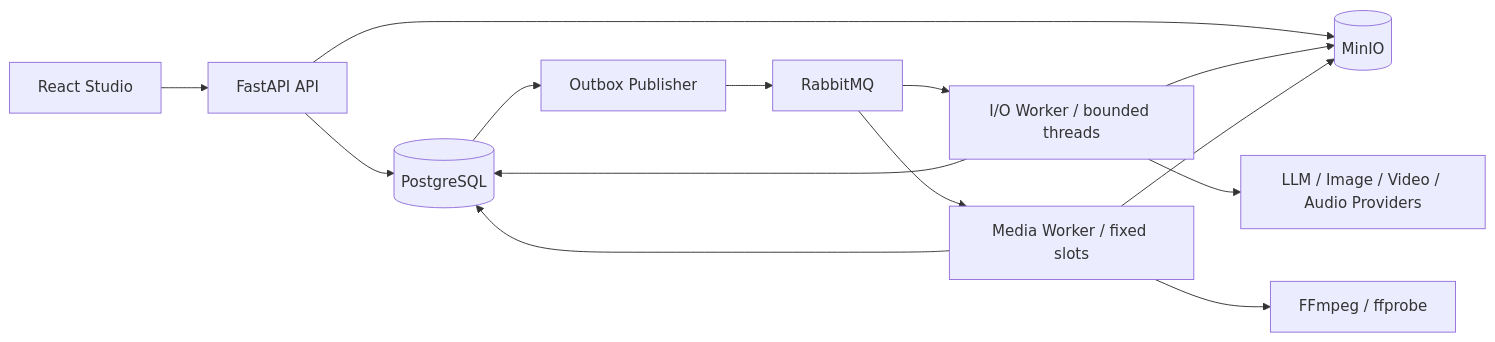
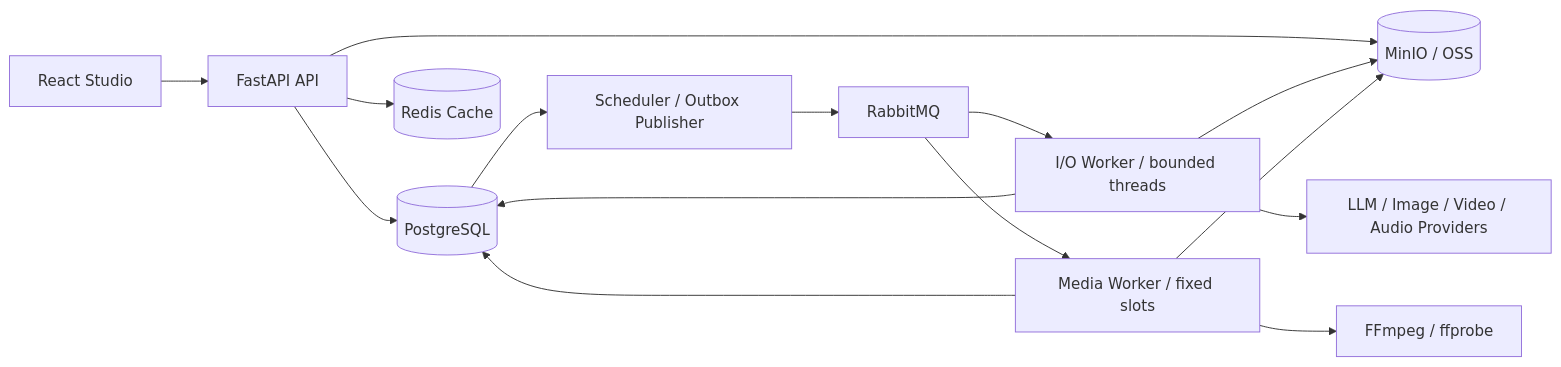
One commit to StephenQiu30/lanverse changed the diagram in docs/design/002-人工智能短剧平台架构与技术选型.md. Above: the diagram before and after it, drawn with Mermaid. The commit also changed other lines of this file and 15 other files, not shown here.

````diff
--- a/docs/design/002-人工智能短剧平台架构与技术选型.md
+++ b/docs/design/002-人工智能短剧平台架构与技术选型.md
@@ -37,16 +37,17 @@
 ```mermaid
 flowchart LR
     UI["React Studio"] --> API["FastAPI API"]
     API --> PG[(PostgreSQL)]
-    API --> MINIO[(MinIO)]
-    PG --> PUB["Outbox Publisher"]
+    API --> REDIS[(Redis Cache)]
+    API --> STORE[(MinIO / OSS)]
+    PG --> PUB["Scheduler / Outbox Publisher"]
     PUB --> MQ["RabbitMQ"]
     MQ --> IOW["I/O Worker / bounded threads"]
     MQ --> MEDIAW["Media Worker / fixed slots"]
     IOW --> PG
-    IOW --> MINIO
+    IOW --> STORE
     IOW --> MODEL["LLM / Image / Video / Audio Providers"]
     MEDIAW --> PG
-    MEDIAW --> MINIO
+    MEDIAW --> STORE
     MEDIAW --> MEDIA["FFmpeg / ffprobe"]
 ```
````
